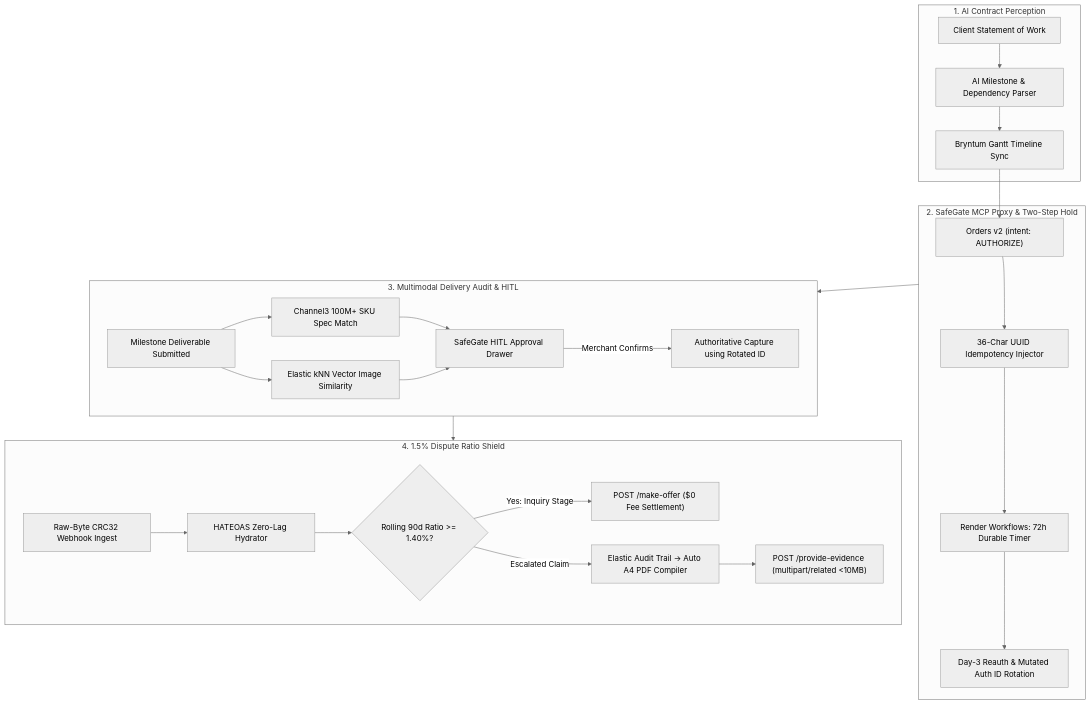
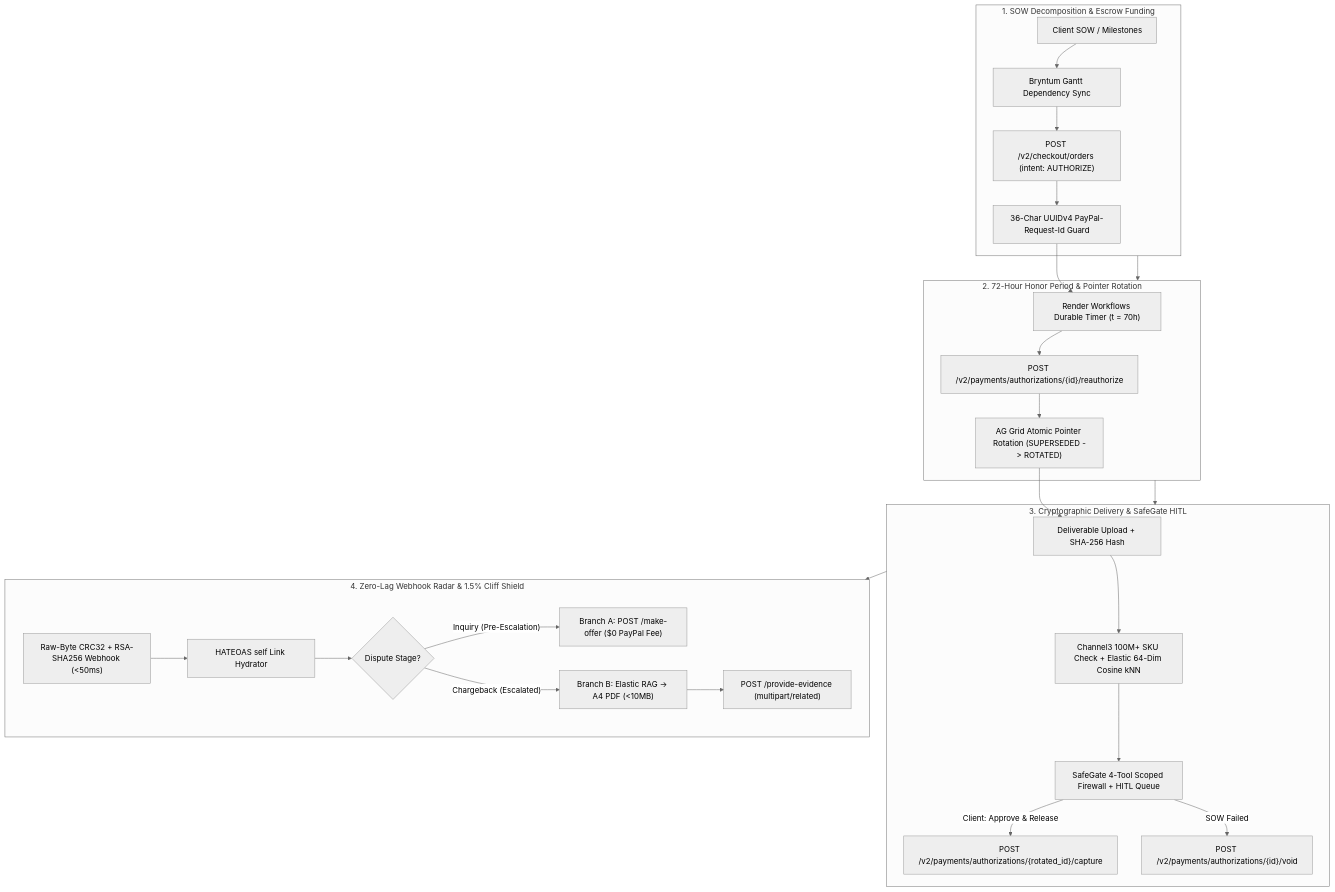
The diagram in README.md (Shanukeshri/PayPal-Aegis), drawn with Mermaid (neutral theme) before and after one commit. The commit also changed other lines of this file, not shown here.

````diff
--- a/README.md
+++ b/README.md
@@ -91,32 +66,34 @@
 ```mermaid
 flowchart TD
-    subgraph SOW_Ingest["1. AI Contract Perception"]
-        A1[Client Statement of Work] --> A2[AI Milestone & Dependency Parser]
-        A2 --> A3[Bryntum Gantt Timeline Sync]
+    subgraph SOW_Funding["1. SOW Decomposition & Escrow Funding"]
+        A1["Client SOW / Milestones"] --> A2["Bryntum Gantt Dependency Sync"]
+        A2 --> A3["POST /v2/checkout/orders (intent: AUTHORIZE)"]
+        A3 --> A4["36-Char UUIDv4 PayPal-Request-Id Guard"]
     end
 
-    subgraph SafeGate_Hold["2. SafeGate MCP Proxy & Two-Step Hold"]
-        A3 --> B1["Orders v2 (intent: AUTHORIZE)"]
-        B1 --> B2[36-Char UUID Idempotency Injector]
-        B2 --> B3[Render Workflows: 72h Durable Timer]
-        B3 --> B4[Day-3 Reauth & Mutated Auth ID Rotation]
+    subgraph Hold_Renewal["2. 72-Hour Honor Period & Pointer Rotation"]
+        A4 --> B1["Render Workflows Durable Timer (t = 70h)"]
+        B1 --> B2["POST /v2/payments/authorizations/{id}/reauthorize"]
+        B2 --> B3["AG Grid Atomic Pointer Rotation (SUPERSEDED -> ROTATED)"]
     end
 
-    subgraph Verification_HITL["3. Multimodal Delivery Audit & HITL"]
-        C1[Milestone Deliverable Submitted] --> C2[Channel3 100M+ SKU Spec Match]
-        C1 --> C3[Elastic kNN Vector Image Similarity]
-        C2 & C3 --> C4[SafeGate HITL Approval Drawer]
-        C4 -->|Merchant Confirms| C5[Authoritative Capture using Rotated ID]
+    subgraph Delivery_Gate["3. Cryptographic Delivery & SafeGate HITL"]
+        B3 --> C1["Deliverable Upload + SHA-256 Hash"]
+        C1 --> C2["Channel3 100M+ SKU Check + Elastic 64-Dim Cosine kNN"]
+        C2 --> C3["SafeGate 4-Tool Scoped Firewall + HITL Queue"]
+        C3 -->|"Client: Approve & Release"| C4["POST /v2/payments/authorizations/{rotated_id}/capture"]
+        C3 -->|"SOW Failed"| C5["POST /v2/payments/authorizations/{id}/void"]
     end
 
-    subgraph Dispute_Defense["4. 1.5% Dispute Ratio Shield"]
-        D1[Raw-Byte CRC32 Webhook Ingest] --> D2[HATEOAS Zero-Lag Hydrator]
-        D2 --> D3{Rolling 90d Ratio >= 1.40%?}
-        D3 -->|Yes: Inquiry Stage| D4["POST /make-offer ($0 Fee Settlement)"]
-        D3 -->|Escalated Claim| D5["Elastic Audit Trail -> Auto A4 PDF Compiler"]
-        D5 --> D6["POST /provide-evidence (multipart/related <10MB)"]
+    subgraph Dispute_Shield["4. Zero-Lag Webhook Radar & 1.5% Cliff Shield"]
+        D1["Raw-Byte CRC32 + RSA-SHA256 Webhook (<50ms)"] --> D2["HATEOAS self Link Hydrator"]
+        D2 --> D3{"Dispute Stage?"}
+        D3 -->|"Inquiry (Pre-Escalation)"| D4["Branch A: POST /make-offer ($0 PayPal Fee)"]
+        D3 -->|"Chargeback (Escalated)"| D5["Branch B: Elastic RAG -> A4 PDF (<10MB)"]
+        D5 --> D6["POST /provide-evidence (multipart/related)"]
     end
 
-    SafeGate_Hold --> Verification_HITL
-    Verification_HITL --> Dispute_Defense
+    SOW_Funding --> Hold_Renewal
+    Hold_Renewal --> Delivery_Gate
+    Delivery_Gate --> Dispute_Shield
 ```
````
